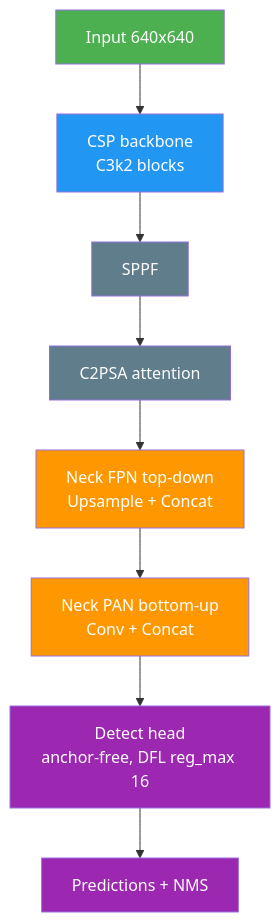
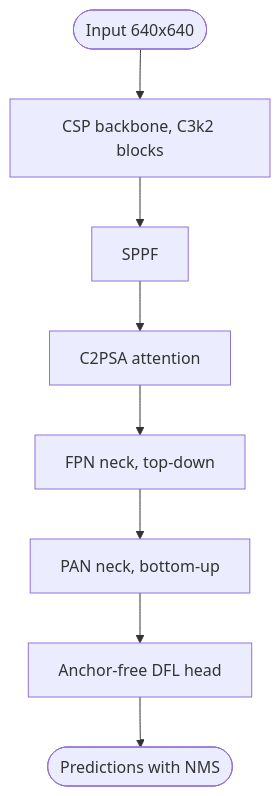
One commit to ultralytics/ultralytics changed the fourth of 5 diagrams in docs/en/guides/yolo-architecture.md. Above: the diagram before and after it, drawn with Mermaid. The commit also changed other lines of this file and 20 other files, not shown here.

Commit message:
Migrate docs Mermaid diagrams to the unified design system (#26573)

````diff
--- a/docs/en/guides/yolo-architecture.md
+++ b/docs/en/guides/yolo-architecture.md
@@ -81,15 +66,10 @@
     ```mermaid
     flowchart TD
-        IN[Input 640x640]:::start --> BB[CSP backbone<br/>C3k2 blocks]:::proc
-        BB --> SP[SPPF]:::extern
-        SP --> PSA[C2PSA attention]:::extern
-        PSA --> FPN[Neck FPN top-down<br/>Upsample + Concat]:::decide
-        FPN --> PAN[Neck PAN bottom-up<br/>Conv + Concat]:::decide
-        PAN --> HD[Detect head<br/>anchor-free, DFL reg_max 16]:::out
-        HD --> O[Predictions + NMS]:::out
-        classDef start fill:#4CAF50,color:#fff
-        classDef proc fill:#2196F3,color:#fff
-        classDef decide fill:#FF9800,color:#fff
-        classDef out fill:#9C27B0,color:#fff
-        classDef extern fill:#607D8B,color:#fff
+        IN([Input 640x640]) --> BB["CSP backbone, C3k2 blocks"]
+        BB --> SP[SPPF]
+        SP --> PSA[C2PSA attention]
+        PSA --> FPN["FPN neck, top-down"]
+        FPN --> PAN["PAN neck, bottom-up"]
+        PAN --> HD[Anchor-free DFL head]
+        HD --> O([Predictions with NMS])
     ```
````
